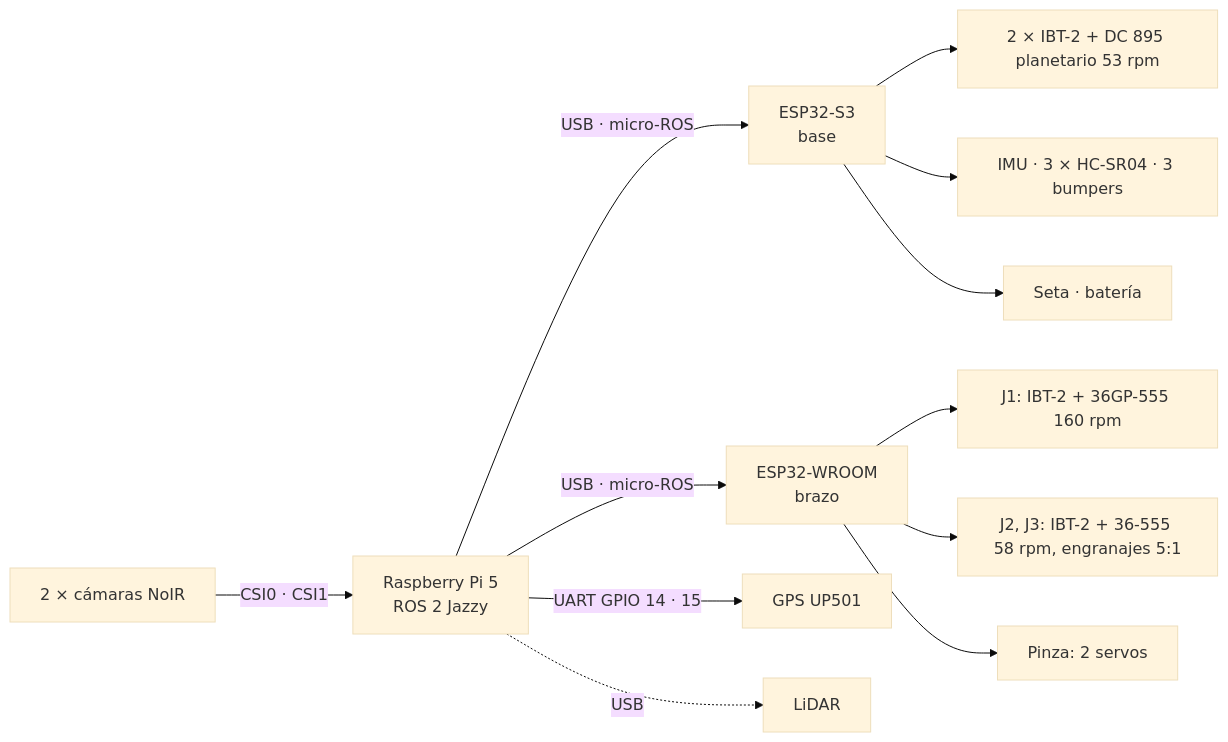
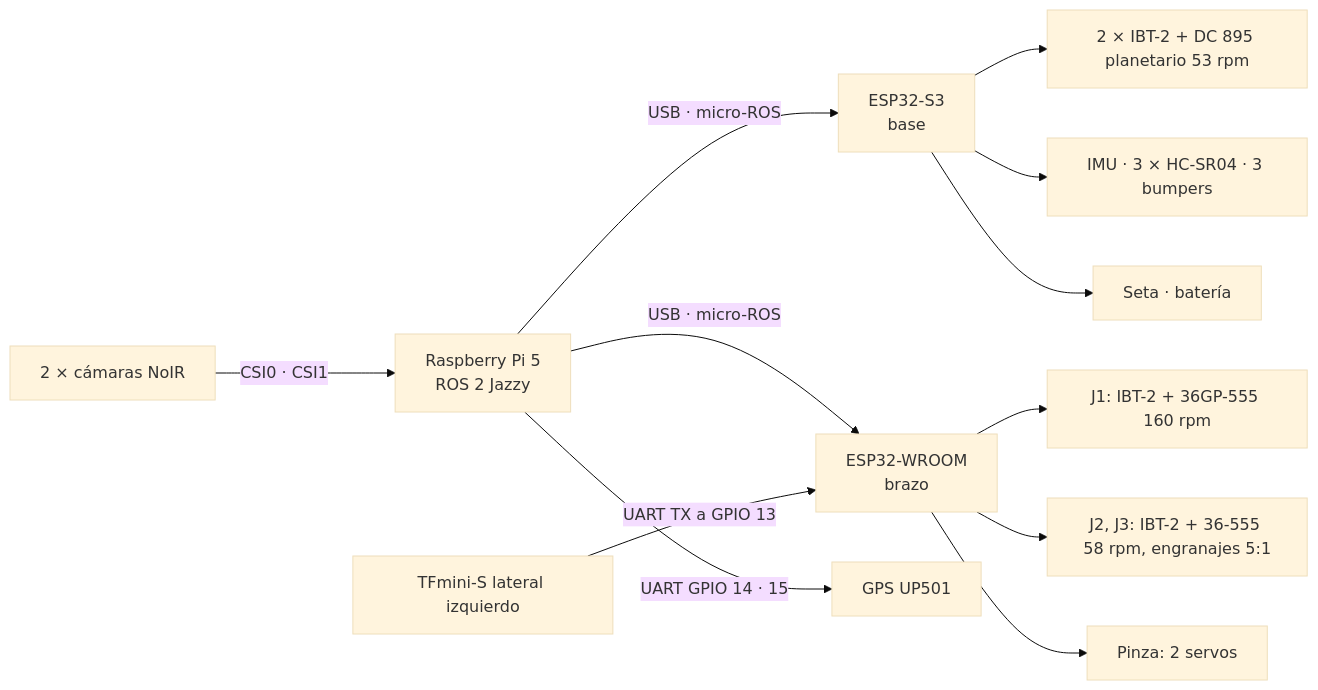
One commit to HecVelaz/recolector_de_frutas changed the diagram in docs/CONEXIONES.md. Above: the diagram before and after it, drawn with Mermaid (base theme). The commit also changed other lines of this file and 16 other files, not shown here.

Commit message:
App 0.15.6 y puente: LiDAR izquierdo (TFmini-S, /range/lidar_izq) en Estado → Sensores de distancia; solo informativo; docs y cableado WROOM GPIO 13

````diff
--- a/docs/CONEXIONES.md
+++ b/docs/CONEXIONES.md
@@ -21,14 +21,14 @@
 ```mermaid
 flowchart LR
   CAM[2 × cámaras NoIR] -- CSI0 · CSI1 --> PI[Raspberry Pi 5<br/>ROS 2 Jazzy]
   PI -- USB · micro-ROS --> S3[ESP32-S3<br/>base]
   PI -- USB · micro-ROS --> WR[ESP32-WROOM<br/>brazo]
   PI -- UART GPIO 14 · 15 --> GPS[GPS UP501]
-  PI -. USB .-> LID[LiDAR]
+  LID[TFmini-S lateral izquierdo] -- UART TX a GPIO 13 --> WR
   S3 --> TR[2 × IBT-2 + DC 895 planetario 53 rpm]
   S3 --> SEN[IMU · 3 × HC-SR04 · 3 bumpers]
   S3 --> SEG[Seta · batería]
   WR --> J1[J1: IBT-2 + 36GP-555 160 rpm]
   WR --> J23[J2, J3: IBT-2 + 36-555 58 rpm, engranajes 5:1]
   WR --> PZ[Pinza: 2 servos]
 ```
````
